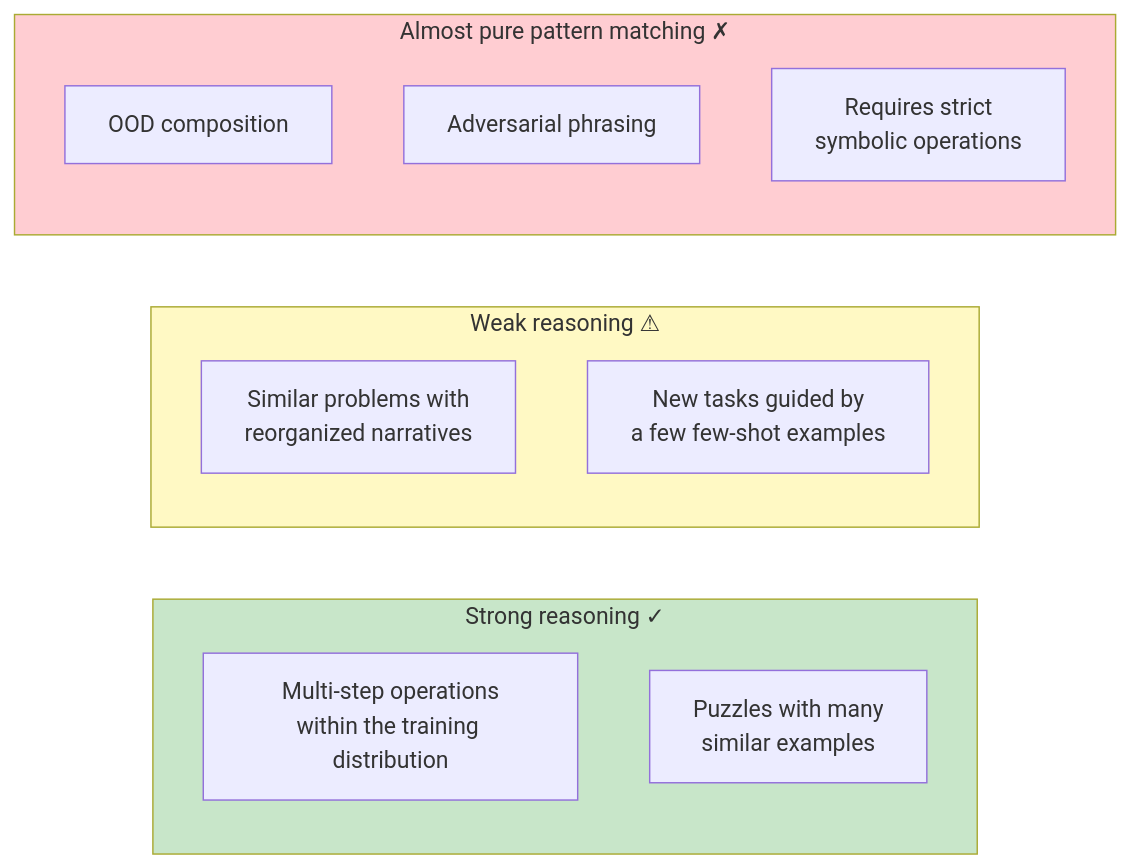
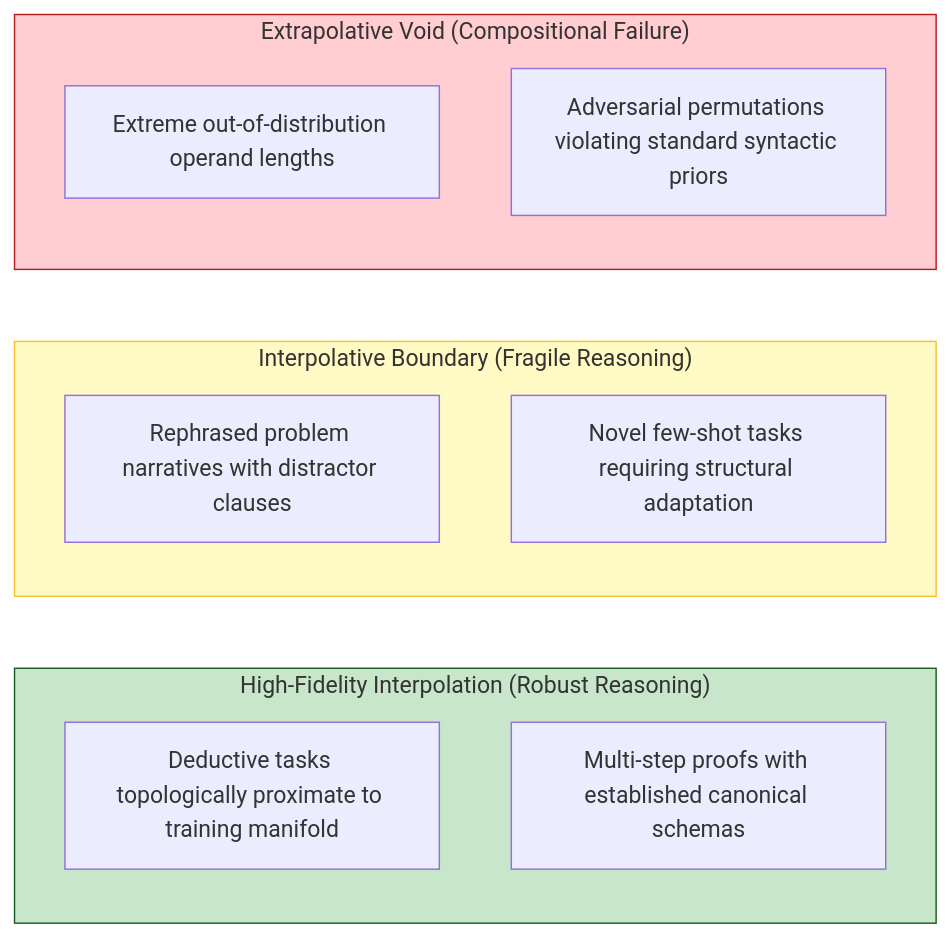
The fifth of 7 diagrams in en/chapters/08-reasoning.md (yingwang/thinking-in-llm), drawn with Mermaid before and after one commit. The commit also changed other lines of this file and 31 other files, not shown here.

````diff
--- a/en/chapters/08-reasoning.md
+++ b/en/chapters/08-reasoning.md
@@ -366,20 +223,21 @@
 ```mermaid
 flowchart LR
-    subgraph Strong["Strong reasoning ✓"]
-        A["Multi-step operations<br>within the training distribution"]
-        B["Puzzles with many<br>similar examples"]
-    end
-    subgraph Medium["Weak reasoning ⚠"]
-        C["Similar problems with<br>reorganized narratives"]
-        D["New tasks guided by<br>a few few-shot examples"]
-    end
-    subgraph Weak["Almost pure pattern matching ✗"]
-        E["OOD composition"]
-        F["Adversarial phrasing"]
-        G["Requires strict<br>symbolic operations"]
+    subgraph RegimeA["High-Fidelity Interpolation (Robust Reasoning)"]
+        A1["Deductive tasks topologically proximate to training manifold"]
+        A2["Multi-step proofs with established canonical schemas"]
     end
 
-    style Strong fill:#c8e6c9
-    style Medium fill:#fff9c4
-    style Weak fill:#ffcdd2
+    subgraph RegimeB["Interpolative Boundary (Fragile Reasoning)"]
+        B1["Rephrased problem narratives with distractor clauses"]
+        B2["Novel few-shot tasks requiring structural adaptation"]
+    end
+
+    subgraph RegimeC["Extrapolative Void (Compositional Failure)"]
+        C1["Extreme out-of-distribution operand lengths"]
+        C2["Adversarial permutations violating standard syntactic priors"]
+    end
+
+    style RegimeA fill:#c8e6c9,stroke:#1b5e20
+    style RegimeB fill:#fff9c4,stroke:#fbc02d
+    style RegimeC fill:#ffcdd2,stroke:#b71c1c
 ```
````
